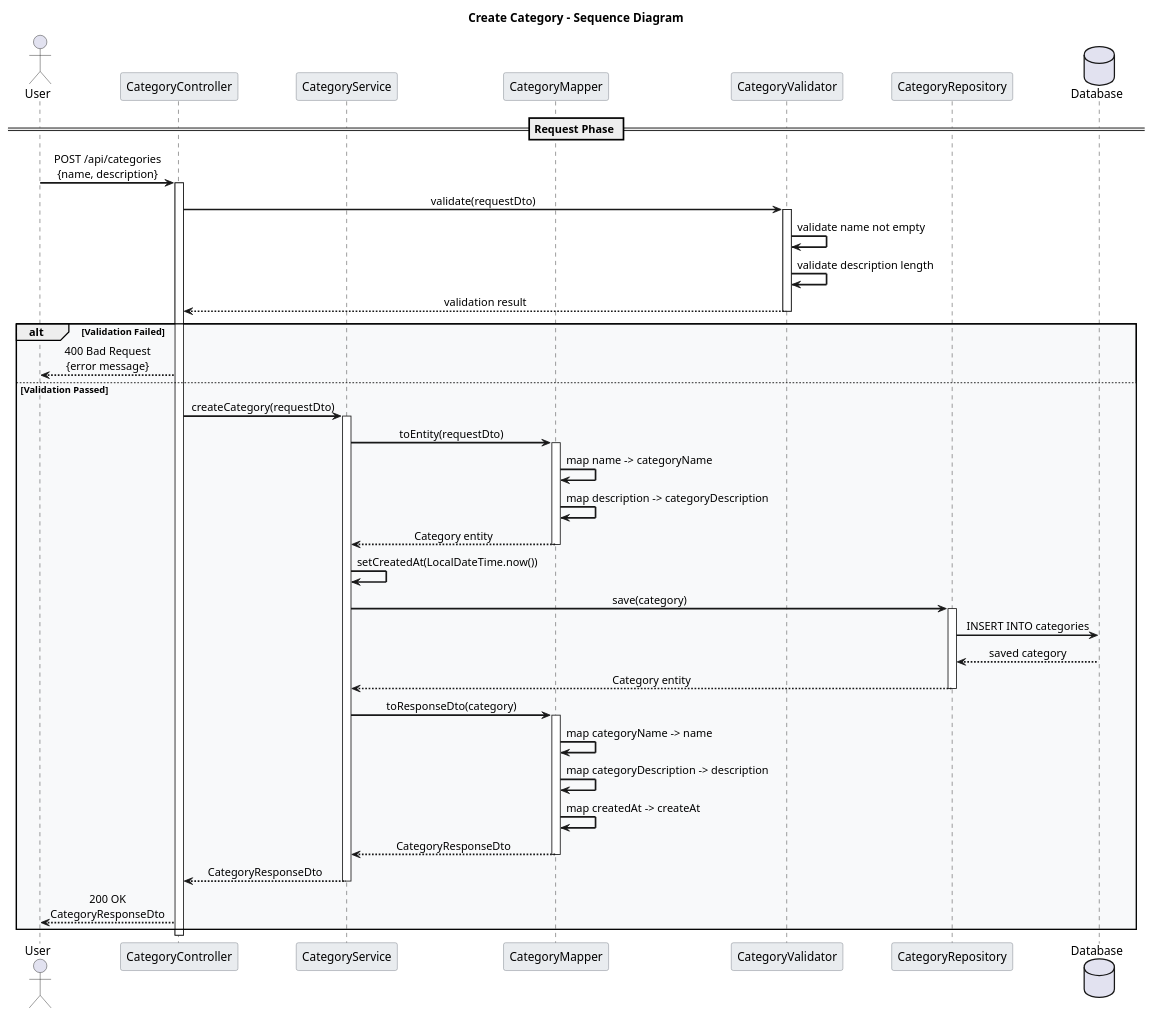
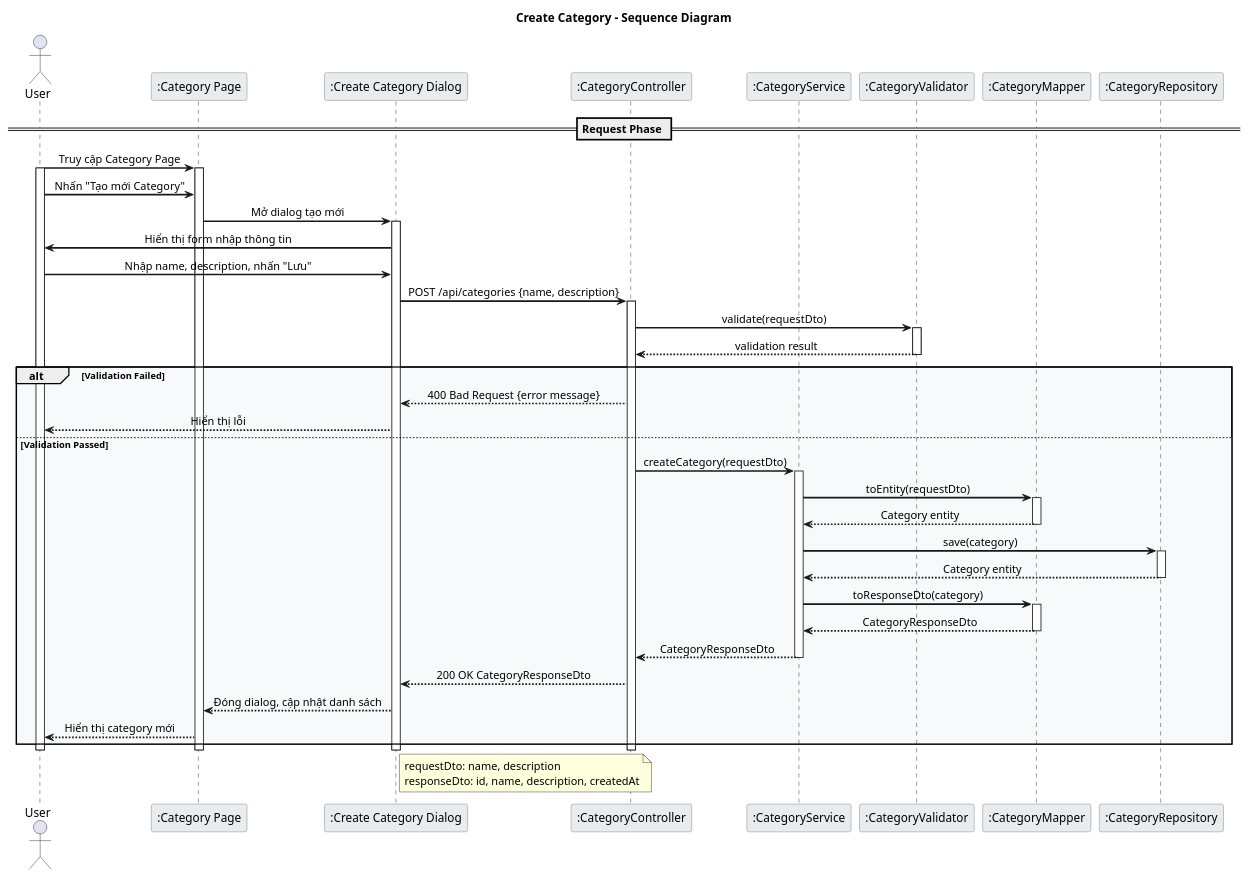
One commit to LamVNT/Farmovo changed the diagram in Category_Create_Sequence.puml. Above: the diagram before and after it, drawn with PlantUML. The commit also changed 15 other files, not shown here.

```diff
--- a/Category_Create_Sequence.puml
+++ b/Category_Create_Sequence.puml
@@ -1,69 +1,76 @@
 @startuml Category_Create_Sequence
 
 skinparam backgroundColor white
 skinparam sequenceArrowThickness 2
 skinparam sequenceMessageAlign center
 skinparam sequenceGroupBodyBackgroundColor #F8F9FA
 skinparam sequenceParticipantBorderColor #6C757D
 skinparam sequenceParticipantBackgroundColor #E9ECEF
 skinparam sequenceLifeLineStroke dash
 
+' Improved: Thêm UI, bỏ thao tác DB, alt lỗi rõ ràng, note về DTO
+
 title Create Category - Sequence Diagram
 
 actor User as U
-participant "CategoryController" as CC
-participant "CategoryService" as CS
-participant "CategoryMapper" as CM
-participant "CategoryValidator" as CV
-participant "CategoryRepository" as CR
-database "Database" as DB
+participant ":Category Page" as UI
+participant ":Create Category Dialog" as CUI
+participant ":CategoryController" as CC
+participant ":CategoryService" as CS
+participant ":CategoryValidator" as CV
+participant ":CategoryMapper" as CM
+participant ":CategoryRepository" as CR
 
 == Request Phase ==
-U -> CC: POST /api/categories\n{name, description}
+U -> UI: Truy cập Category Page
+activate U
+activate UI
+U -> UI: Nhấn "Tạo mới Category"
+UI -> CUI: Mở dialog tạo mới
+activate CUI
+CUI -> U: Hiển thị form nhập thông tin
+U -> CUI: Nhập name, description, nhấn "Lưu"
+CUI -> CC: POST /api/categories {name, description}
 activate CC
 
 CC -> CV: validate(requestDto)
 activate CV
-CV -> CV: validate name not empty
-CV -> CV: validate description length
 CV --> CC: validation result
-deactivate CV
+Deactivate CV
 
 alt Validation Failed
-    CC --> U: 400 Bad Request\n{error message}
+    CC --> CUI: 400 Bad Request {error message}
+    CUI --> U: Hiển thị lỗi
 else Validation Passed
     CC -> CS: createCategory(requestDto)
     activate CS
-    
     CS -> CM: toEntity(requestDto)
     activate CM
-    CM -> CM: map name -> categoryName
-    CM -> CM: map description -> categoryDescription
     CM --> CS: Category entity
     deactivate CM
-    
-    CS -> CS: setCreatedAt(LocalDateTime.now())
     CS -> CR: save(category)
     activate CR
-    CR -> DB: INSERT INTO categories
-    DB --> CR: saved category
     CR --> CS: Category entity
     deactivate CR
-    
     CS -> CM: toResponseDto(category)
     activate CM
-    CM -> CM: map categoryName -> name
-    CM -> CM: map categoryDescription -> description
-    CM -> CM: map createdAt -> createAt
     CM --> CS: CategoryResponseDto
     deactivate CM
-    
     CS --> CC: CategoryResponseDto
     deactivate CS
-    
-    CC --> U: 200 OK\nCategoryResponseDto
+    CC --> CUI: 200 OK CategoryResponseDto
+    CUI --> UI: Đóng dialog, cập nhật danh sách
+    UI --> U: Hiển thị category mới
 end
 
 deactivate CC
+Deactivate CUI
+Deactivate UI
+Deactivate U
+
+note right of CUI
+    requestDto: name, description
+    responseDto: id, name, description, createdAt
+end note
 
 @enduml 
```
